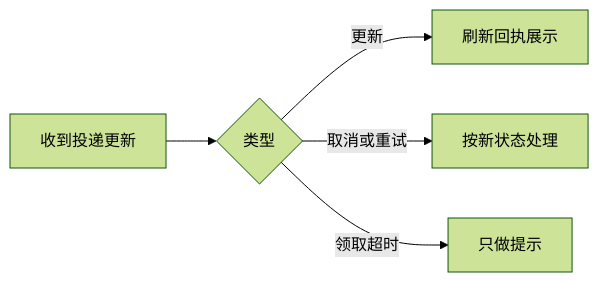
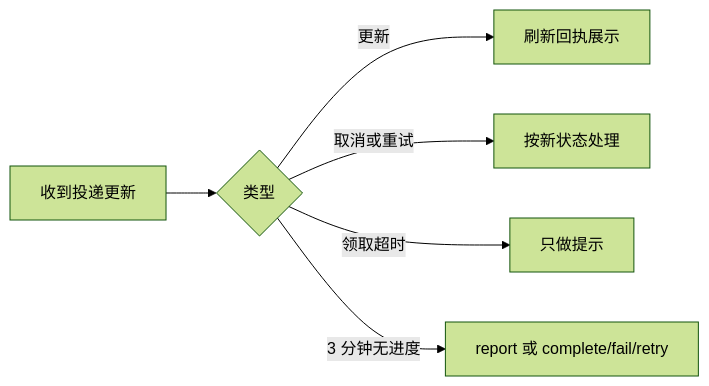
The eighth of 15 diagrams in public/skills/agent-network-skills.md (KonghaYao/agent-network), drawn with Mermaid (forest theme) before and after one commit. The commit also changed other lines of this file and 27 other files, not shown here.

````diff
--- a/public/skills/agent-network-skills.md
+++ b/public/skills/agent-network-skills.md
@@ -210,7 +212,8 @@
 ```mermaid
 flowchart LR
     A["收到投递更新"] --> B{"类型"}
     B -- 更新 --> C["刷新回执展示"]
     B -- 取消或重试 --> D["按新状态处理"]
     B -- 领取超时 --> E["只做提示"]
+    B -- 3 分钟无进度 --> F["report 或 complete/fail/retry"]
 ```
````
